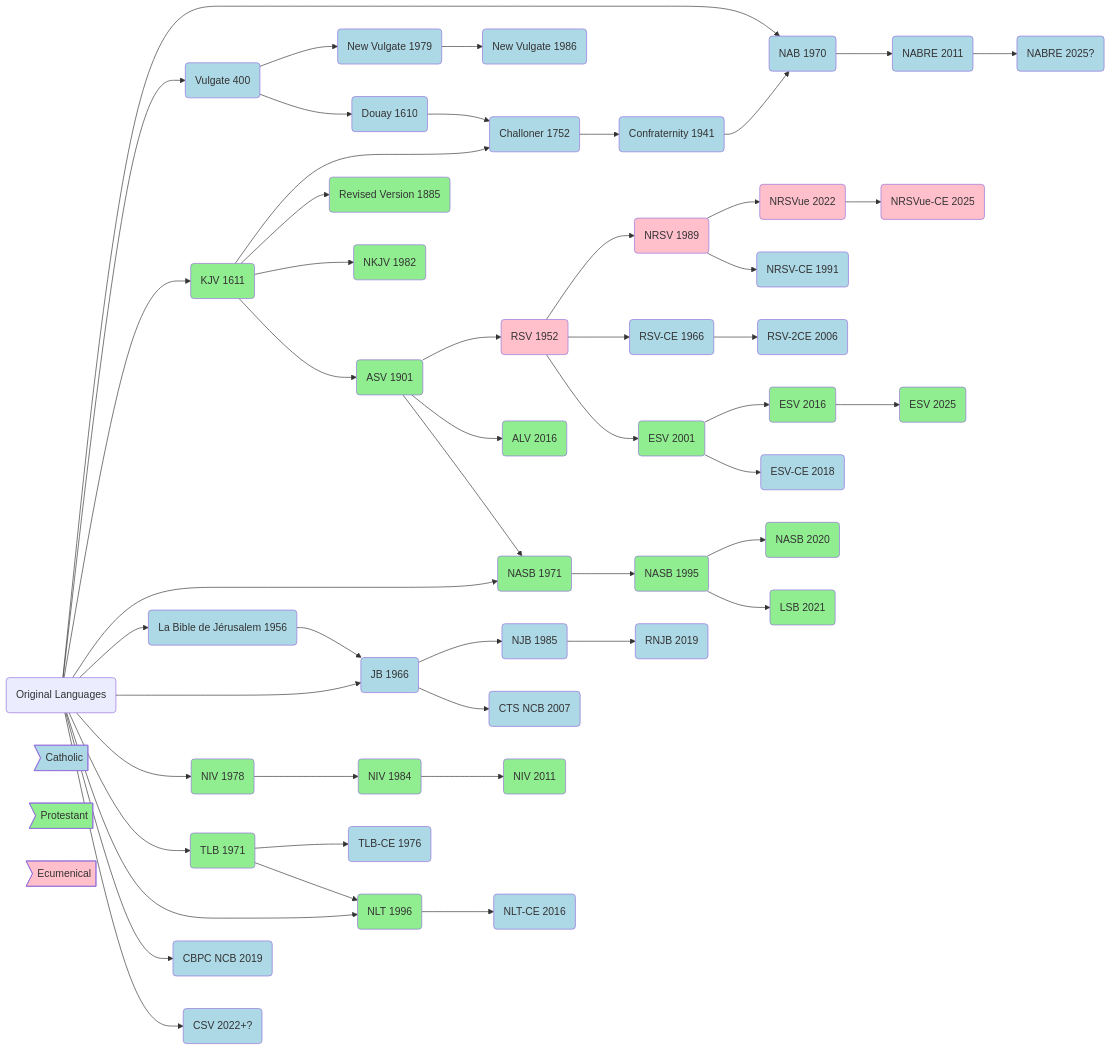
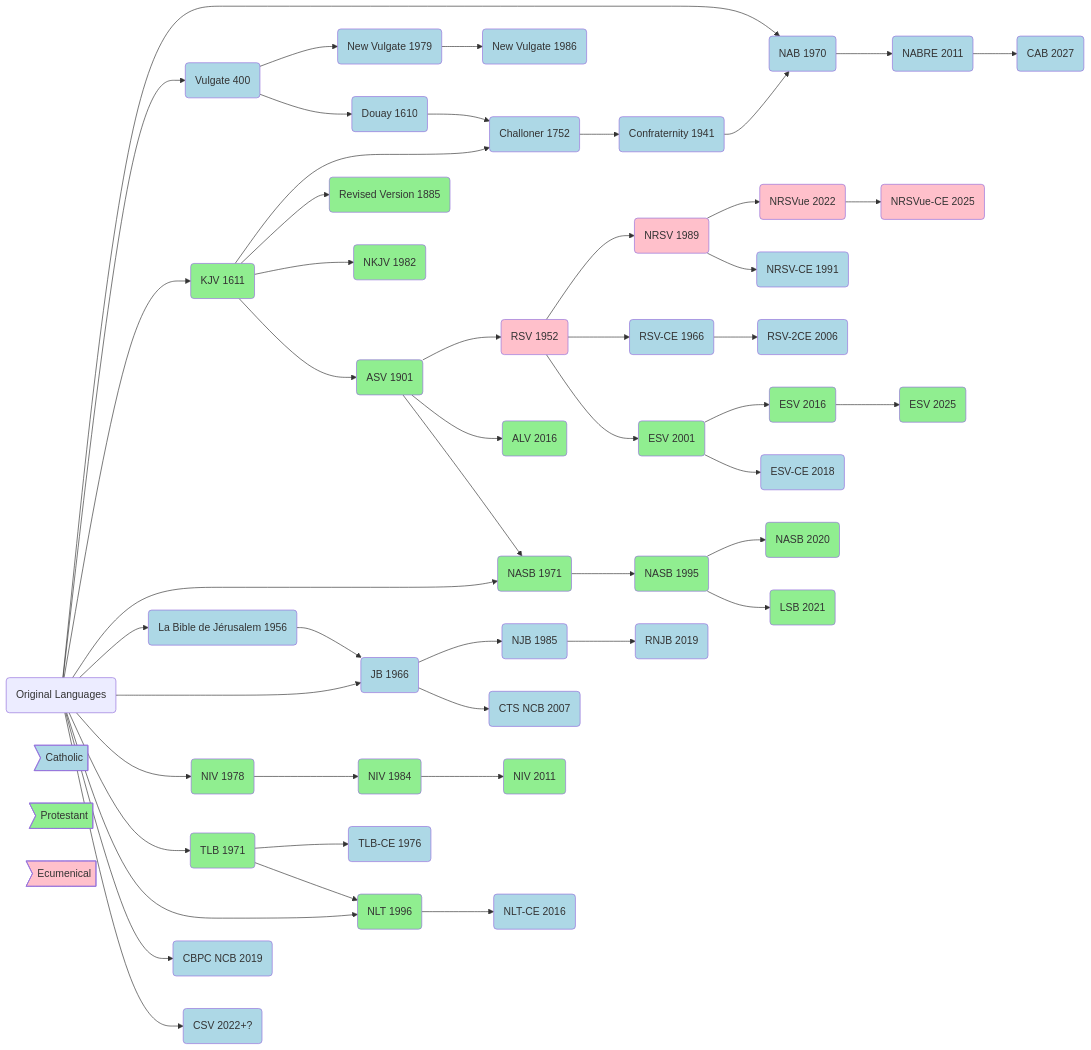
The diagram in notes/_md/Bible Translation Chart.md (mkudija/mkudija.github.io), drawn with Mermaid before and after one commit. The commit also changed 12 other files, not shown here.

```diff
--- a/notes/_md/Bible Translation Chart.md
+++ b/notes/_md/Bible Translation Chart.md
@@ -26,7 +26,7 @@
 esvce(ESV-CE 2018)
 nab(NAB 1970)
 nabre(NABRE 2011)
-nabre25(NABRE 2025?)
+cab(CAB 2027)
 niv(NIV 1978)
 niv84(NIV 1984)
 niv11(NIV 2011)
@@ -66,7 +66,7 @@
 orig --> kjv:::pt
 orig --> na
 nab --> nabre:::ct
-nabre --> nabre25:::ct
+nabre --> cab:::ct
 v --> nv:::ct
 v --> douay:::ct
 douay --> challoner:::ct
```
